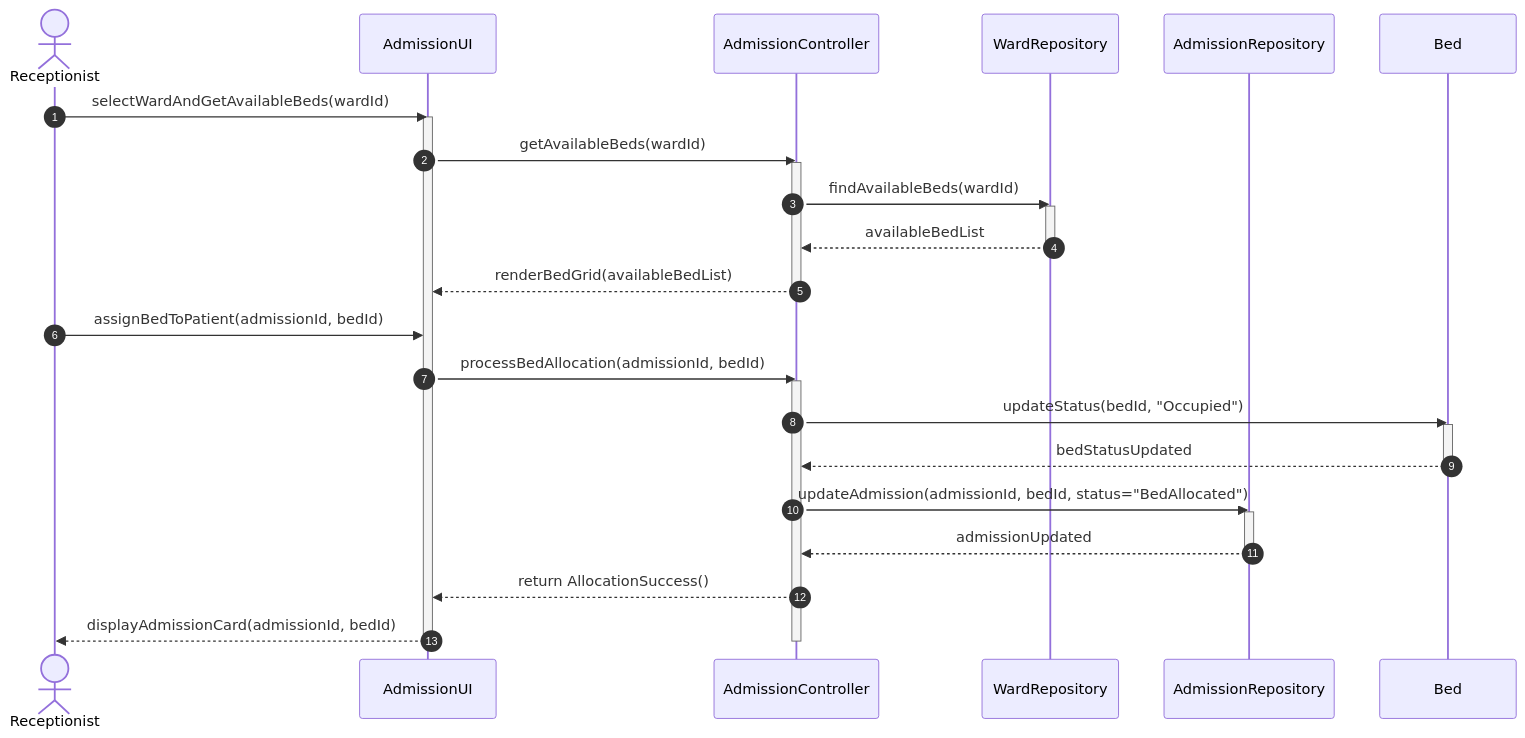
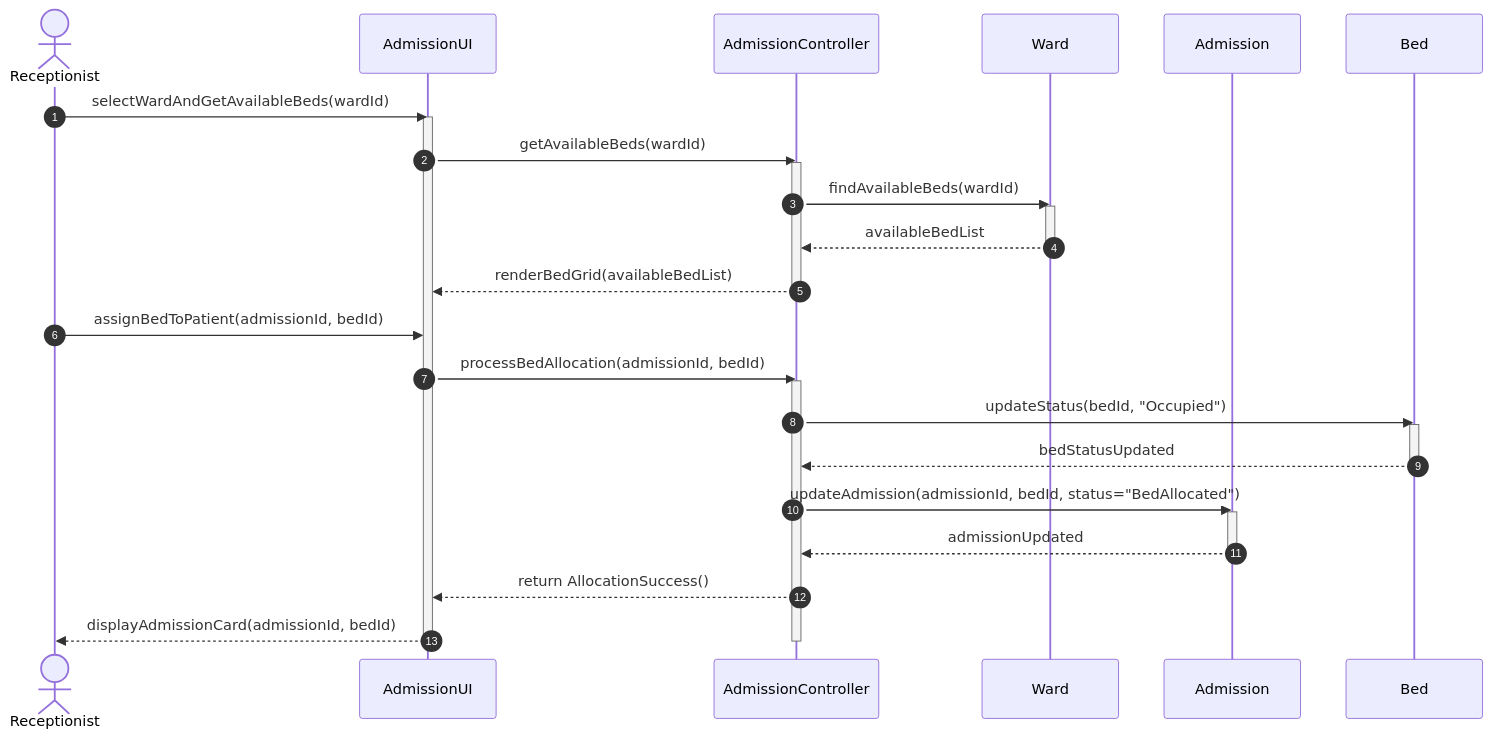
Before and after one commit to saipraveen-k/Smart-Hospital-Management-System---UML: the diagram in experiment-06/detailed-sequence-diagrams/dsd-06-inpatient-admission.mmd, drawn with Mermaid. The commit also changed 11 other files, not shown here.

Commit message:
docs: add actor definitions, use case diagrams, and detailed sequence diagrams for the Smart Hospital Management System.

```diff
--- a/experiment-06/detailed-sequence-diagrams/dsd-06-inpatient-admission.mmd
+++ b/experiment-06/detailed-sequence-diagrams/dsd-06-inpatient-admission.mmd
@@ -1,35 +1,35 @@
 sequenceDiagram
     autonumber
     actor Receptionist as Receptionist
     participant UI as AdmissionUI
     participant Ctrl as AdmissionController
-    participant WardRepo as WardRepository
-    participant AdmRepo as AdmissionRepository
+    participant WardEntity as Ward
+    participant AdmEntity as Admission
     participant BedEntity as Bed
 
     Receptionist->>UI: selectWardAndGetAvailableBeds(wardId)
     activate UI
     UI->>Ctrl: getAvailableBeds(wardId)
     activate Ctrl
-    Ctrl->>WardRepo: findAvailableBeds(wardId)
-    activate WardRepo
-    WardRepo-->>Ctrl: availableBedList
-    deactivate WardRepo
+    Ctrl->>WardEntity: findAvailableBeds(wardId)
+    activate WardEntity
+    WardEntity-->>Ctrl: availableBedList
+    deactivate WardEntity
     Ctrl-->>UI: renderBedGrid(availableBedList)
     deactivate Ctrl
 
     Receptionist->>UI: assignBedToPatient(admissionId, bedId)
     UI->>Ctrl: processBedAllocation(admissionId, bedId)
     activate Ctrl
     Ctrl->>BedEntity: updateStatus(bedId, "Occupied")
     activate BedEntity
     BedEntity-->>Ctrl: bedStatusUpdated
     deactivate BedEntity
-    Ctrl->>AdmRepo: updateAdmission(admissionId, bedId, status="BedAllocated")
-    activate AdmRepo
-    AdmRepo-->>Ctrl: admissionUpdated
-    deactivate AdmRepo
+    Ctrl->>AdmEntity: updateAdmission(admissionId, bedId, status="BedAllocated")
+    activate AdmEntity
+    AdmEntity-->>Ctrl: admissionUpdated
+    deactivate AdmEntity
     Ctrl-->>UI: return AllocationSuccess()
     UI-->>Receptionist: displayAdmissionCard(admissionId, bedId)
     deactivate Ctrl
     deactivate UI
```
